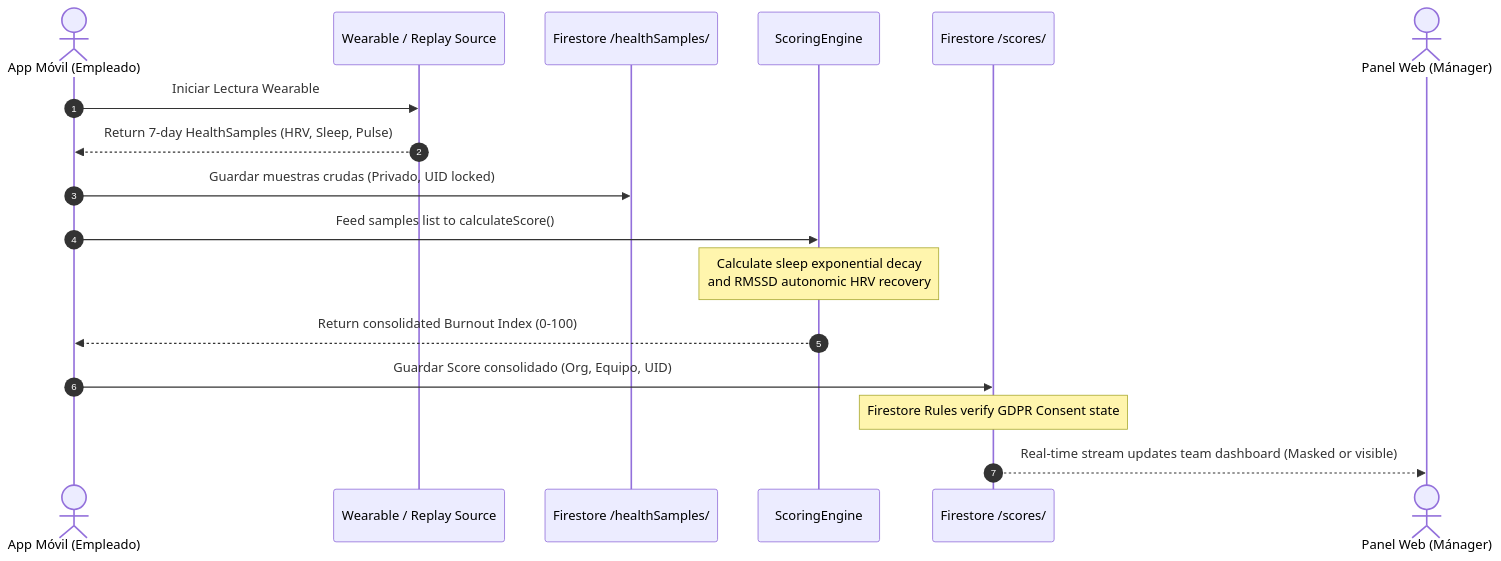
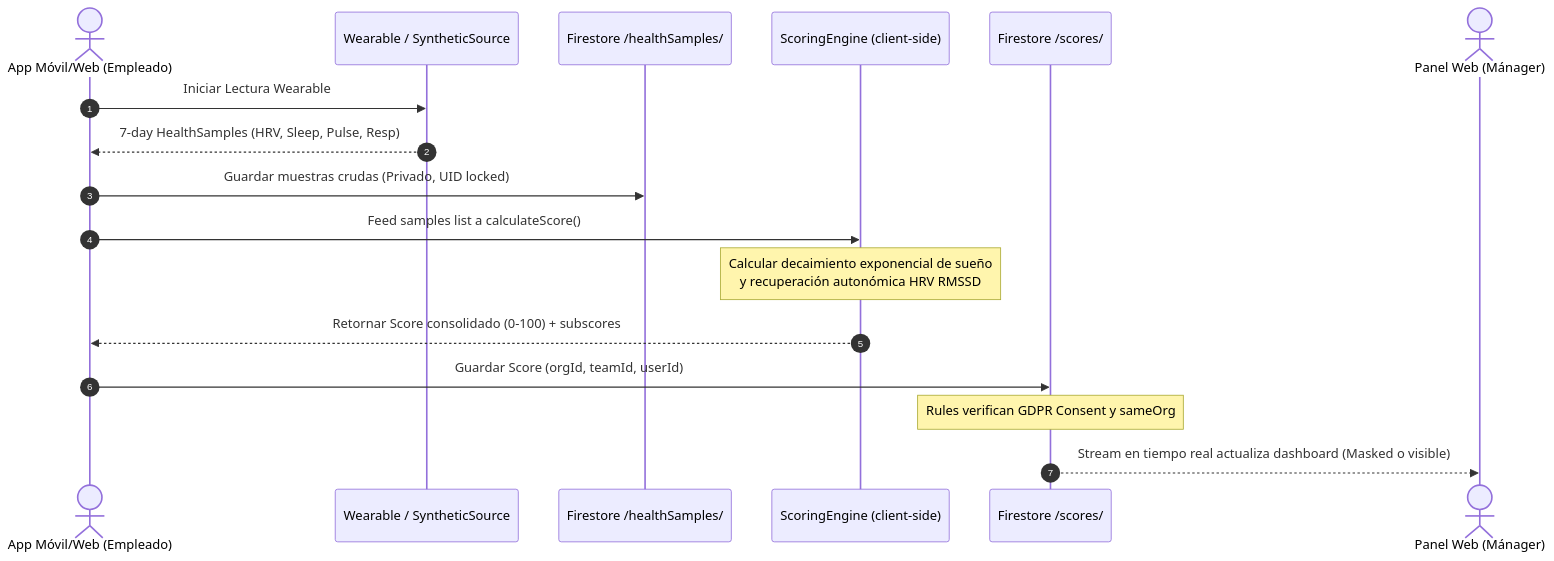
Before and after one commit to zepolnala/burnout_meter: the first of 2 diagrams in docs/data-flow.md, drawn with Mermaid. The commit also changed other lines of this file and 14 other files, not shown here.

````diff
--- a/docs/data-flow.md
+++ b/docs/data-flow.md
@@ -11,20 +13,20 @@
 ```mermaid
 sequenceDiagram
     autonumber
-    actor Employee as App Móvil (Empleado)
-    participant HW as Wearable / Replay Source
+    actor Employee as App Móvil/Web (Empleado)
+    participant HW as Wearable / SyntheticSource
     participant FS as Firestore /healthSamples/
-    participant SE as ScoringEngine
+    participant SE as ScoringEngine (client-side)
     participant FSS as Firestore /scores/
     actor Manager as Panel Web (Mánager)
 
     Employee->>HW: Iniciar Lectura Wearable
-    HW-->>Employee: Return 7-day HealthSamples (HRV, Sleep, Pulse)
+    HW-->>Employee: 7-day HealthSamples (HRV, Sleep, Pulse, Resp)
     Employee->>FS: Guardar muestras crudas (Privado, UID locked)
-    Employee->>SE: Feed samples list to calculateScore()
-    Note over SE: Calculate sleep exponential decay<br/>and RMSSD autonomic HRV recovery
-    SE-->>Employee: Return consolidated Burnout Index (0-100)
-    Employee->>FSS: Guardar Score consolidado (Org, Equipo, UID)
-    Note over FSS: Firestore Rules verify GDPR Consent state
-    FSS-->>Manager: Real-time stream updates team dashboard (Masked or visible)
+    Employee->>SE: Feed samples list a calculateScore()
+    Note over SE: Calcular decaimiento exponencial de sueño<br/>y recuperación autonómica HRV RMSSD
+    SE-->>Employee: Retornar Score consolidado (0-100) + subscores
+    Employee->>FSS: Guardar Score (orgId, teamId, userId)
+    Note over FSS: Rules verifican GDPR Consent y sameOrg
+    FSS-->>Manager: Stream en tiempo real actualiza dashboard (Masked o visible)
 ```
````
